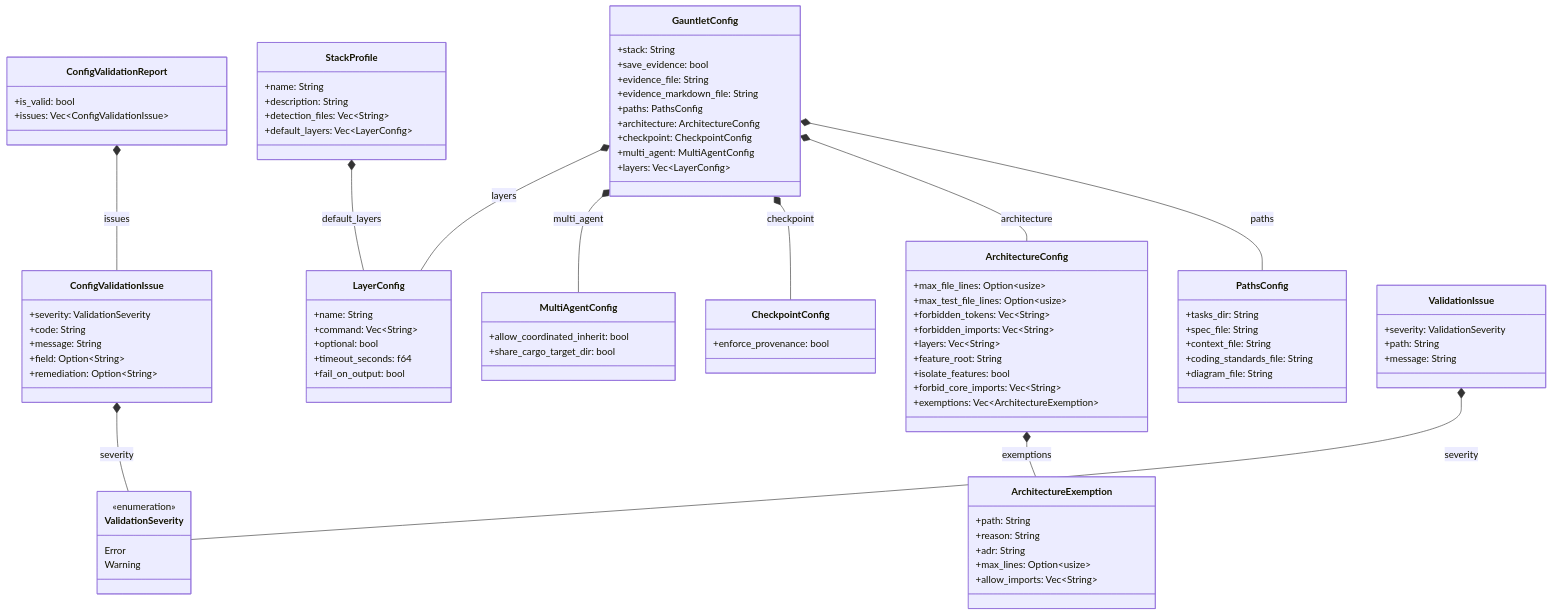
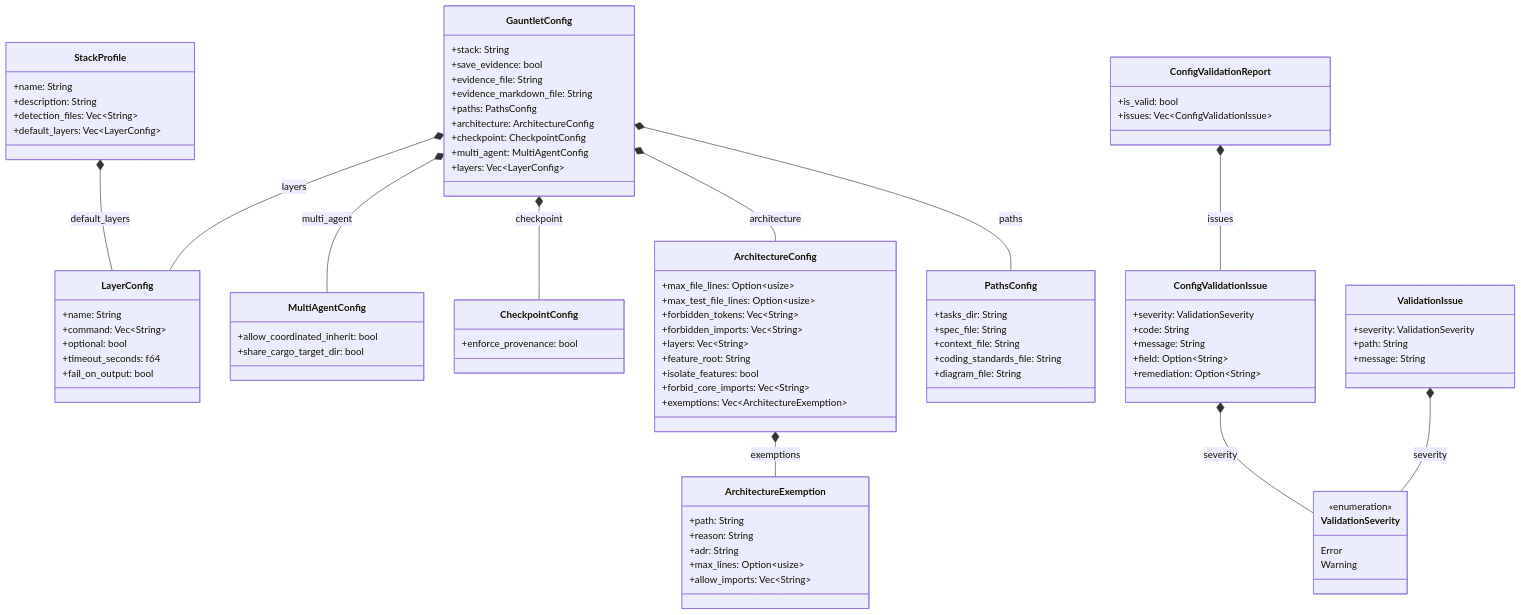
The diagram in docs/architecture/config.md (rolfmadsen/xgauntlet), drawn with Mermaid before and after one commit. The commit also changed other lines of this file and 20 other files, not shown here.

````diff
--- a/docs/architecture/config.md
+++ b/docs/architecture/config.md
@@ -101,14 +101,14 @@
         Warning
     }
 
-    ValidationIssue *-- ValidationSeverity : severity
+    ConfigValidationReport *-- ConfigValidationIssue : issues
+    ConfigValidationIssue *-- ValidationSeverity : severity
+    ArchitectureConfig *-- ArchitectureExemption : exemptions
     GauntletConfig *-- PathsConfig : paths
     GauntletConfig *-- ArchitectureConfig : architecture
     GauntletConfig *-- CheckpointConfig : checkpoint
     GauntletConfig *-- MultiAgentConfig : multi_agent
     GauntletConfig *-- LayerConfig : layers
-    ArchitectureConfig *-- ArchitectureExemption : exemptions
-    ConfigValidationIssue *-- ValidationSeverity : severity
-    ConfigValidationReport *-- ConfigValidationIssue : issues
+    ValidationIssue *-- ValidationSeverity : severity
     StackProfile *-- LayerConfig : default_layers
 ```
````
